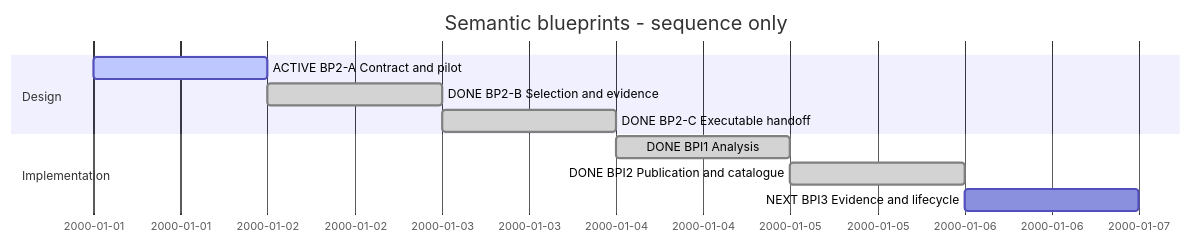
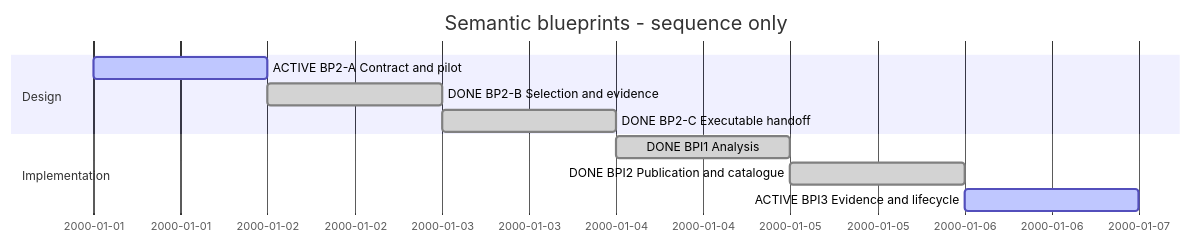
Before and after one commit to Hans-Einar/SDP: the diagram in SDP/Sessions/session-#0008--Semantic_blueprints.md, drawn with Mermaid. The commit also changed other lines of this file and 47 other files, not shown here.

Commit message:
BPI3-M1 assess pinned blueprint evidence and verify generated assignment trial

````diff
--- a/SDP/Sessions/session-#0008--Semantic_blueprints.md
+++ b/SDP/Sessions/session-#0008--Semantic_blueprints.md
@@ -7,13 +7,13 @@
 ```mermaid
 gantt
     title Semantic blueprints - sequence only
     dateFormat YYYY-MM-DD
     section Design
     ACTIVE BP2-A Contract and pilot :active,a,2000-01-01,1d
     DONE BP2-B Selection and evidence :done,b,after a,1d
     DONE BP2-C Executable handoff :done,c,after b,1d
     section Implementation
     DONE BPI1 Analysis :done,d,after c,1d
     DONE BPI2 Publication and catalogue :done,e,after d,1d
-    NEXT BPI3 Evidence and lifecycle :f,after e,1d
+    ACTIVE BPI3 Evidence and lifecycle :active,f,after e,1d
 ```
````
